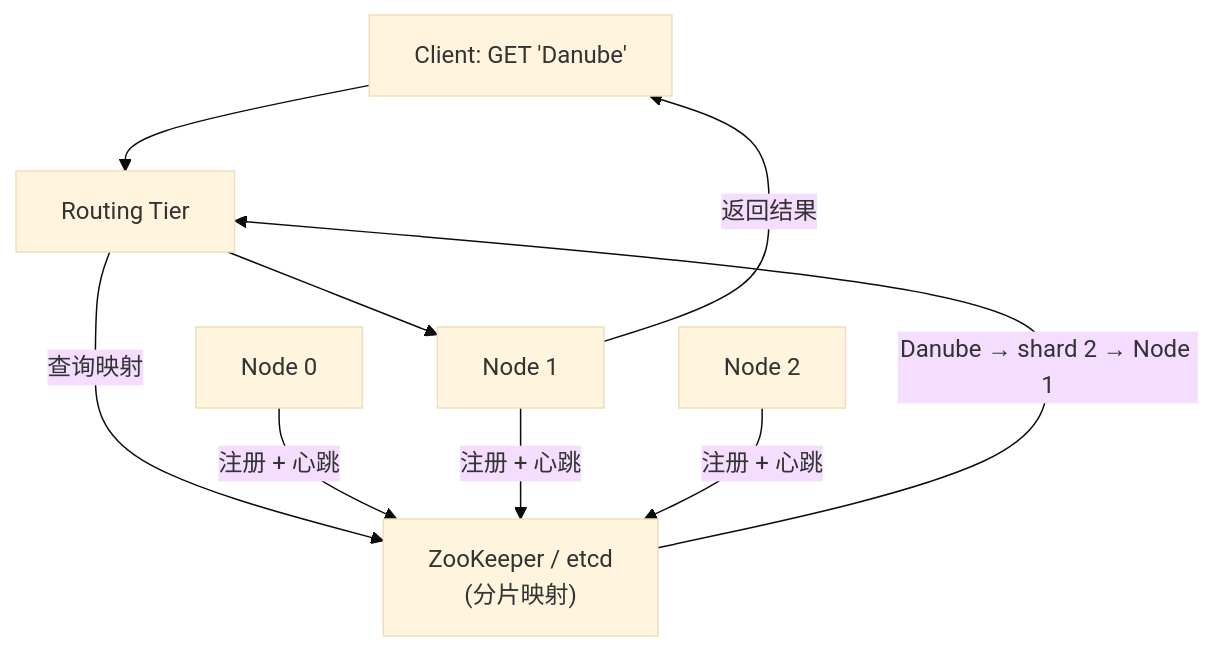
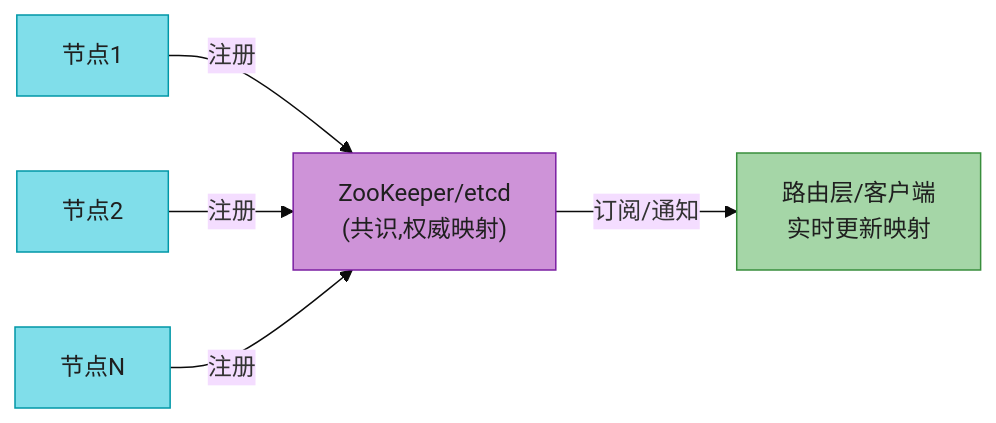
Diagram 20 of 24 in ch07-分片.md (socoo123/ddia_2nd), drawn with Mermaid (base theme) before and after one commit. The commit also changed other lines of this file and 8 other files, not shown here.

First line of the commit message:
重写 ch01-ch09 读书笔记：风格统一 + 内容扩充 + 大量图表

````diff
--- a/ch07-分片.md
+++ b/ch07-分片.md
@@ -436,19 +612,12 @@
 ```mermaid
-graph TD
-    CLIENT["Client: GET 'Danube'"]
-    RT["Routing Tier"]
-    ZK["ZooKeeper / etcd<br/>(分片映射)"]
-    N0["Node 0"]
-    N1["Node 1"]
-    N2["Node 2"]
-
-    CLIENT --> RT
-    RT -->|"查询映射"| ZK
-    ZK -->|"Danube → shard 2 → Node 1"| RT
-    RT --> N1
-    N1 -->|"返回结果"| CLIENT
-
-    N0 -->|"注册 + 心跳"| ZK
-    N1 -->|"注册 + 心跳"| ZK
-    N2 -->|"注册 + 心跳"| ZK
+flowchart LR
+    N1["节点1"] -->|"注册"| ZK["ZooKeeper/etcd<br/>(共识,权威映射)"]
+    N2["节点2"] -->|"注册"| ZK
+    N3["节点N"] -->|"注册"| ZK
+    ZK -->|"订阅/通知"| RT["路由层/客户端<br/>实时更新映射"]
+    style N1 fill:#80DEEA,stroke:#0097A7,color:#1f1f1f
+    style N2 fill:#80DEEA,stroke:#0097A7,color:#1f1f1f
+    style N3 fill:#80DEEA,stroke:#0097A7,color:#1f1f1f
+    style ZK fill:#CE93D8,stroke:#7B1FA2,color:#1f1f1f
+    style RT fill:#A5D6A7,stroke:#388E3C,color:#1f1f1f
 ```
````
